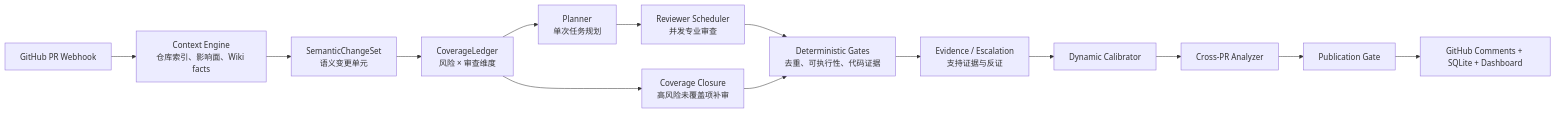
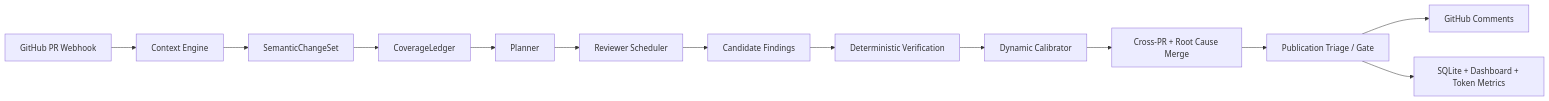
Before and after one commit to Wayne0607/ReviewForge: the diagram in README.md, drawn with Mermaid. The commit also changed other lines of this file and 4 other files, not shown here.

````diff
--- a/README.md
+++ b/README.md
@@ -21,16 +40,15 @@
 ```mermaid
 flowchart LR
-    A["GitHub PR Webhook"] --> B["Context Engine<br/>仓库索引、影响面、Wiki facts"]
-    B --> C["SemanticChangeSet<br/>语义变更单元"]
-    C --> D["CoverageLedger<br/>风险 × 审查维度"]
-    D --> E["Planner<br/>单次任务规划"]
-    E --> F["Reviewer Scheduler<br/>并发专业审查"]
-    F --> G["Deterministic Gates<br/>去重、可执行性、代码证据"]
-    G --> H["Evidence / Escalation<br/>支持证据与反证"]
+    A["GitHub PR Webhook"] --> B["Context Engine"]
+    B --> C["SemanticChangeSet"]
+    C --> D["CoverageLedger"]
+    D --> E["Planner"]
+    E --> F["Reviewer Scheduler"]
+    F --> G["Candidate Findings"]
+    G --> H["Deterministic Verification"]
     H --> I["Dynamic Calibrator"]
-    I --> J["Cross-PR Analyzer"]
-    J --> K["Publication Gate"]
-    K --> L["GitHub Comments + SQLite + Dashboard"]
-    D --> M["Coverage Closure<br/>高风险未覆盖项补审"]
-    M --> G
+    I --> J["Cross-PR + Root Cause Merge"]
+    J --> K["Publication Triage / Gate"]
+    K --> L["GitHub Comments"]
+    K --> M["SQLite + Dashboard + Token Metrics"]
 ```
````
